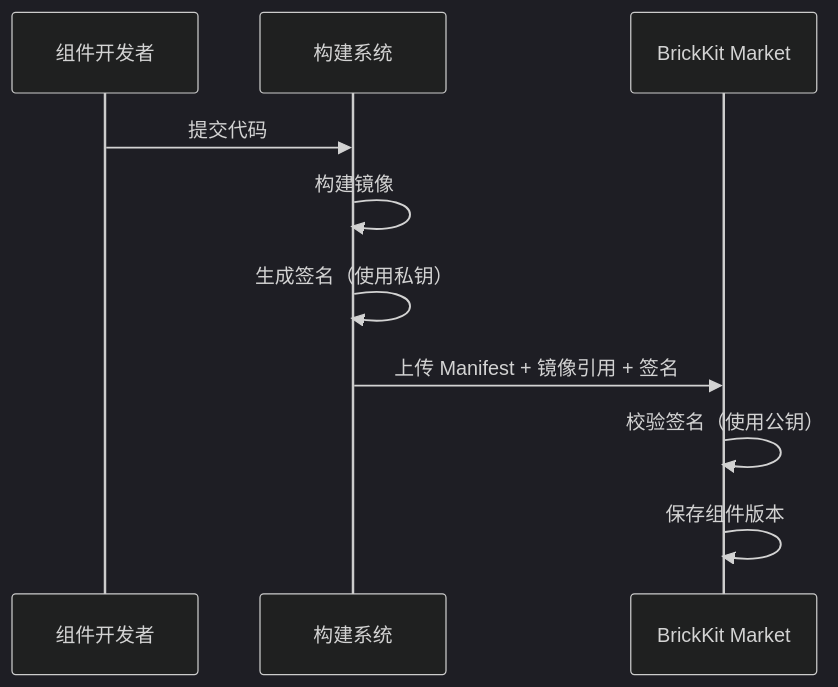
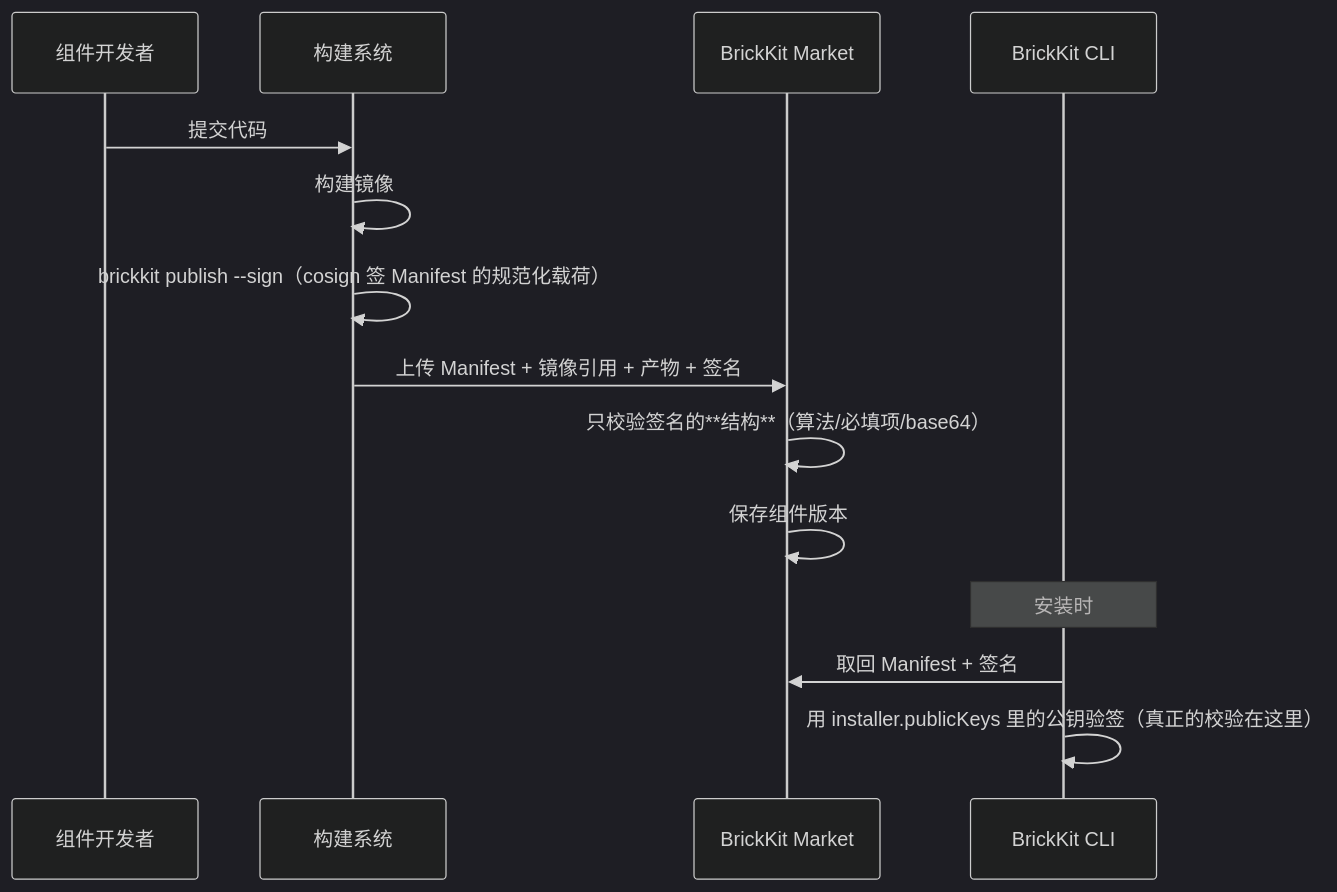
Before and after one commit to brickKit/brickKit: the sixth of 12 diagrams in design/007-组件市场设计.md, drawn with Mermaid (dark theme). The commit also changed other lines of this file and 40 other files, not shown here.

````diff
--- a/design/007-组件市场设计.md
+++ b/design/007-组件市场设计.md
@@ -633,13 +638,18 @@
 ```mermaid
 sequenceDiagram
     participant Dev as 组件开发者
     participant CI as 构建系统
     participant Market as BrickKit Market
+    participant CLI as BrickKit CLI
 
     Dev->>CI: 提交代码
     CI->>CI: 构建镜像
-    CI->>CI: 生成签名（使用私钥）
-    CI->>Market: 上传 Manifest + 镜像引用 + 签名
-    Market->>Market: 校验签名（使用公钥）
+    CI->>CI: brickkit publish --sign（cosign 签 Manifest 的规范化载荷）
+    CI->>Market: 上传 Manifest + 镜像引用 + 产物 + 签名
+    Market->>Market: 只校验签名的**结构**（算法/必填项/base64）
     Market->>Market: 保存组件版本
+
+    Note over CLI: 安装时
+    CLI->>Market: 取回 Manifest + 签名
+    CLI->>CLI: 用 installer.publicKeys 里的公钥验签（真正的校验在这里）
 ```
````
